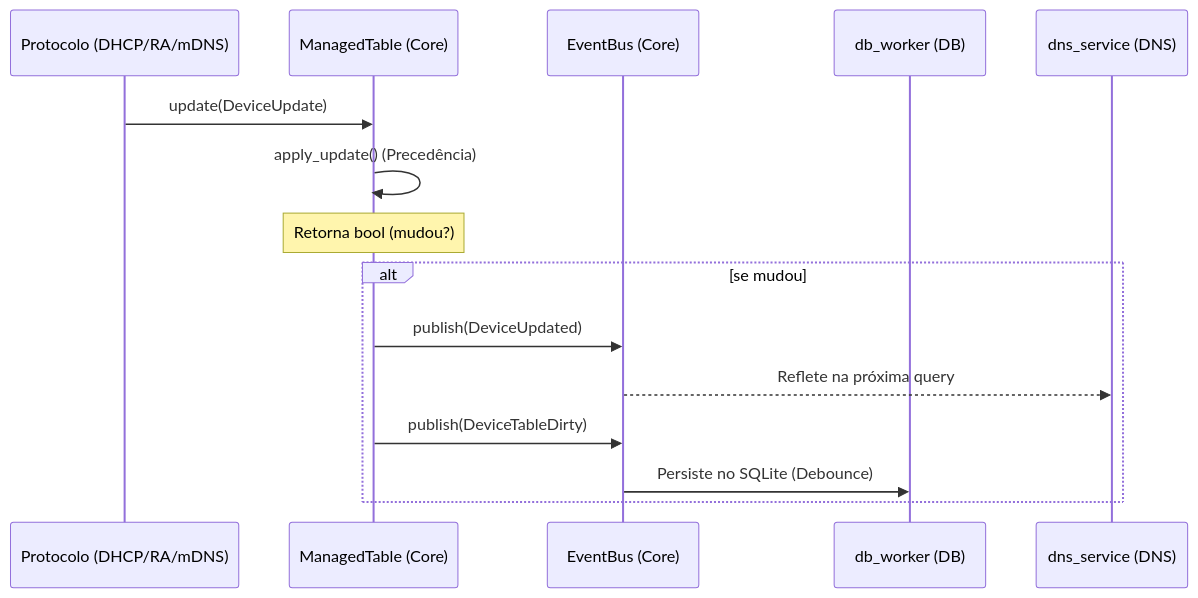
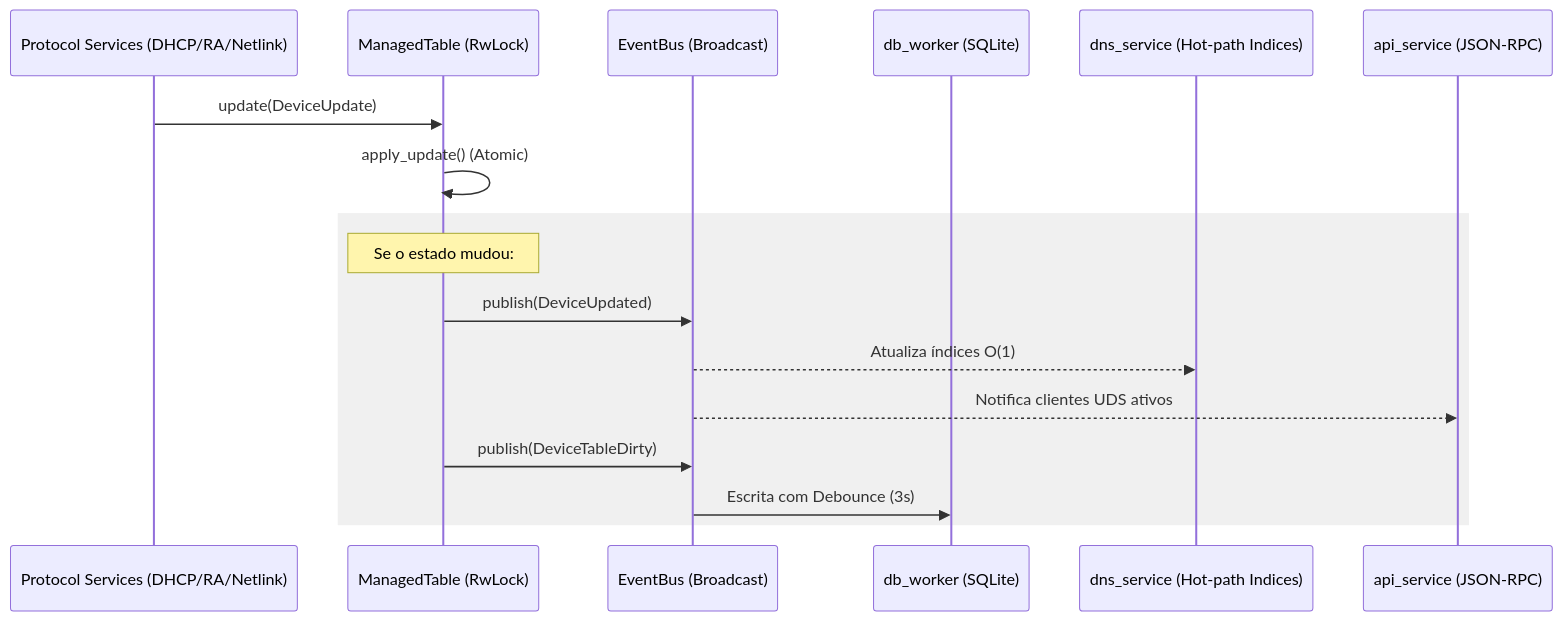
Before and after one commit to FerrahWolfeh/lanforge: the second of 4 diagrams in ARCHITECTURE.md, drawn with Mermaid. The commit also changed other lines of this file, not shown here.

Commit message:
docs: overhaul architecture documentation with detailed core engine, network service, and database persistence workflows

````diff
--- a/ARCHITECTURE.md
+++ b/ARCHITECTURE.md
@@ -68,19 +74,21 @@
 ```mermaid
 sequenceDiagram
-    participant P as Protocolo (DHCP/RA/mDNS)
-    participant MT as ManagedTable (Core)
-    participant EB as EventBus (Core)
-    participant DBW as db_worker (DB)
-    participant DNS as dns_service (DNS)
+    participant P as Protocol Services (DHCP/RA/Netlink)
+    participant MT as ManagedTable (RwLock)
+    participant EB as EventBus (Broadcast)
+    participant DB as db_worker (SQLite)
+    participant DNS as dns_service (Hot-path Indices)
+    participant API as api_service (JSON-RPC)
 
     P->>MT: update(DeviceUpdate)
-    MT->>MT: apply_update() (Precedência)
-    Note over MT: Retorna bool (mudou?)
+    MT->>MT: apply_update() (Atomic)
     
-    alt se mudou
-        MT->>EB: publish(DeviceUpdated)
-        EB-->>DNS: Reflete na próxima query
-        MT->>EB: publish(DeviceTableDirty)
-        EB->>DBW: Persiste no SQLite (Debounce)
+    rect rgb(240, 240, 240)
+    Note over MT: Se o estado mudou:
+    MT->>EB: publish(DeviceUpdated)
+    EB-->>DNS: Atualiza índices O(1)
+    EB-->>API: Notifica clientes UDS ativos
+    MT->>EB: publish(DeviceTableDirty)
+    EB->>DB: Escrita com Debounce (3s)
     end
 ```
````
